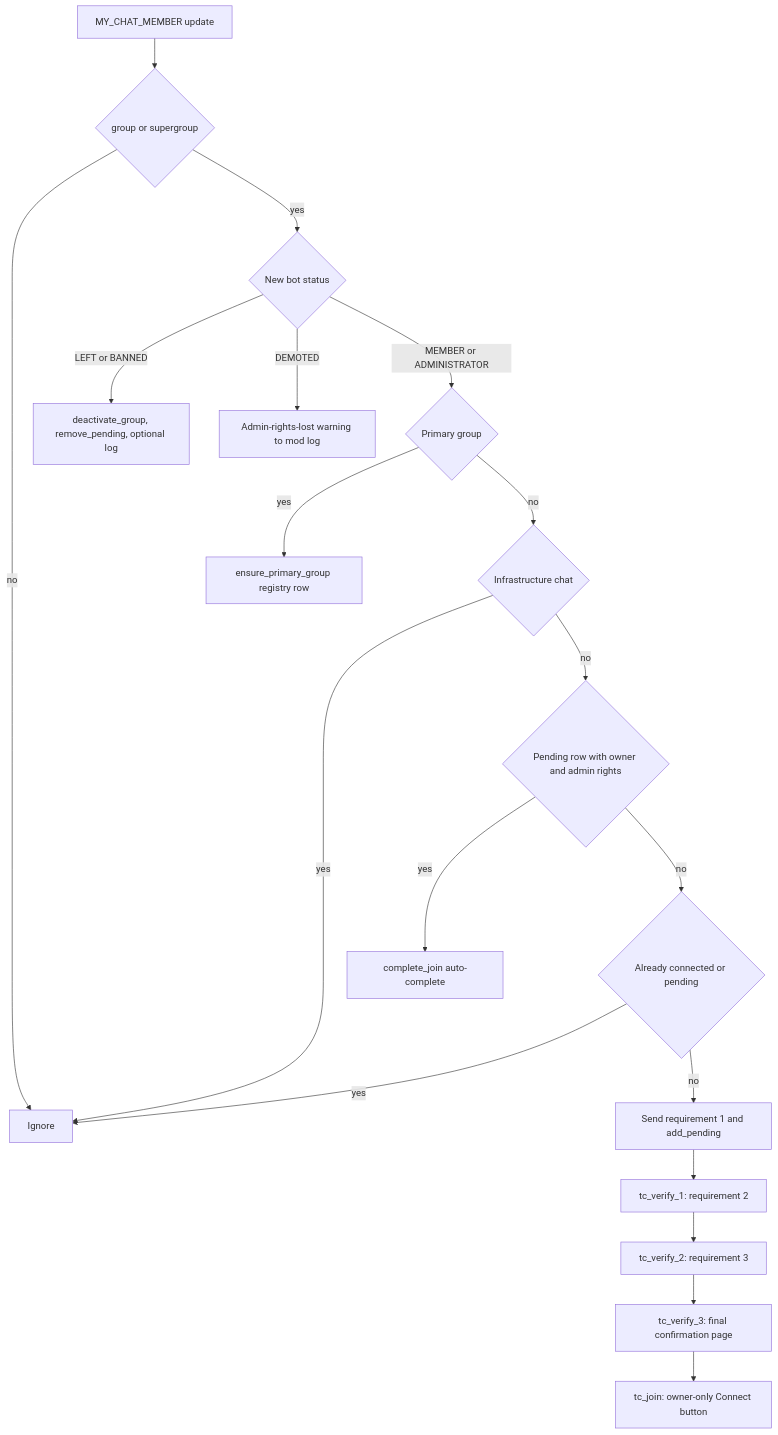
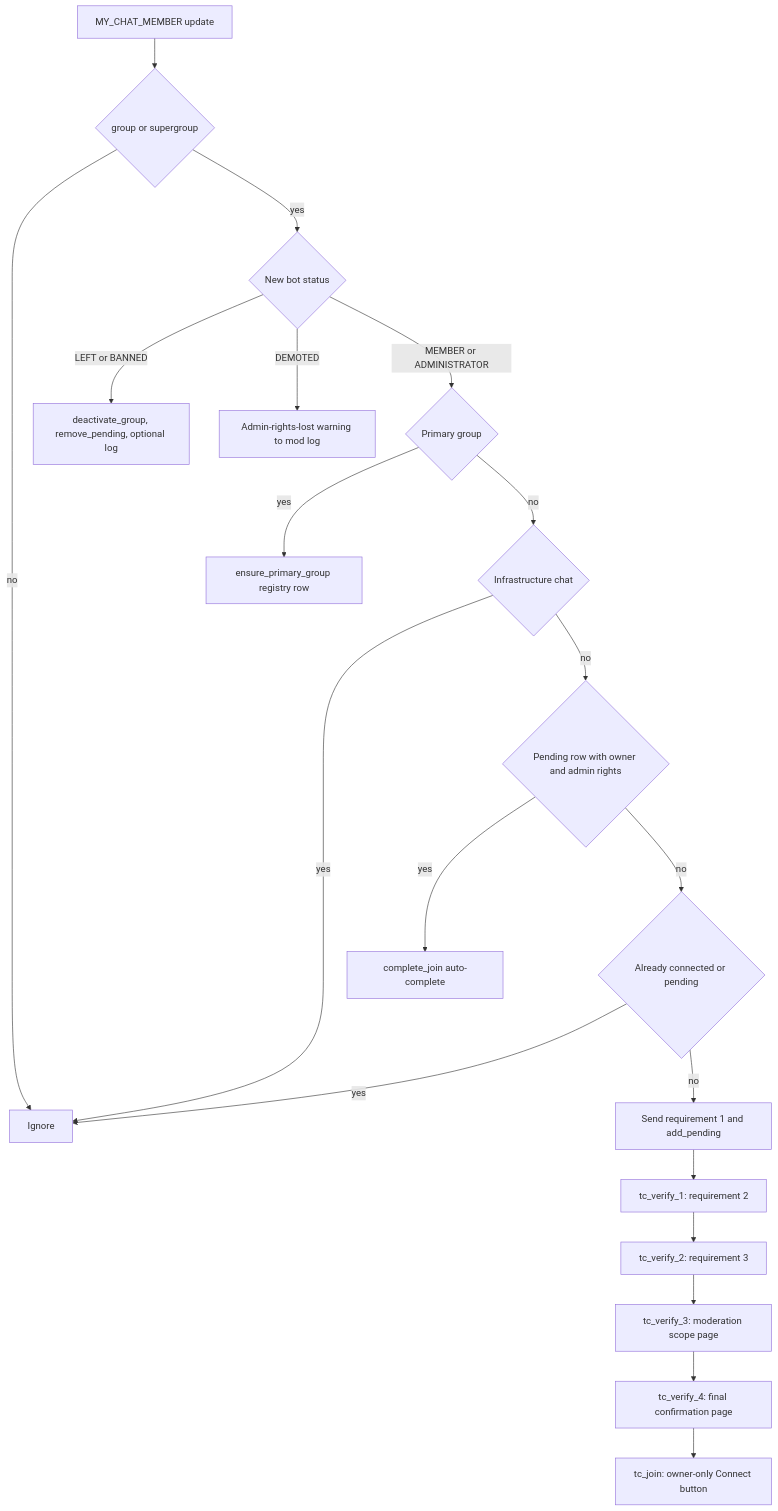
Before and after one commit to D1ZZY4/tcbot: the second of 5 diagrams in docs/flows/connection.md, drawn with Mermaid. The commit also changed other lines of this file and 15 other files, not shown here.

First line of the commit message:
feat(connect): show moderation scope before connecting

````diff
--- a/docs/flows/connection.md
+++ b/docs/flows/connection.md
@@ -60,21 +60,22 @@
 ```mermaid
 flowchart TD
     E[MY_CHAT_MEMBER update] --> TYPE{group or supergroup}
     TYPE -->|no| IGNORE[Ignore]
     TYPE -->|yes| ST{New bot status}
     ST -->|LEFT or BANNED| DEACT[deactivate_group, remove_pending, optional log]
     ST -->|DEMOTED| WARN[Admin-rights-lost warning to mod log]
     ST -->|MEMBER or ADMINISTRATOR| PRIM{Primary group}
     PRIM -->|yes| ENSURE[ensure_primary_group registry row]
     PRIM -->|no| INFRA{Infrastructure chat}
     INFRA -->|yes| IGNORE
     INFRA -->|no| PENDING{Pending row with owner and admin rights}
     PENDING -->|yes| AUTO[complete_join auto-complete]
     PENDING -->|no| DUP{Already connected or pending}
     DUP -->|yes| IGNORE
     DUP -->|no| PROMPT[Send requirement 1 and add_pending]
     PROMPT --> V2["tc_verify_1: requirement 2"]
     V2 --> V3["tc_verify_2: requirement 3"]
-    V3 --> FINAL["tc_verify_3: final confirmation page"]
+    V3 --> SCOPE["tc_verify_3: moderation scope page"]
+    SCOPE --> FINAL["tc_verify_4: final confirmation page"]
     FINAL --> CONNECT["tc_join: owner-only Connect button"]
 ```
````
